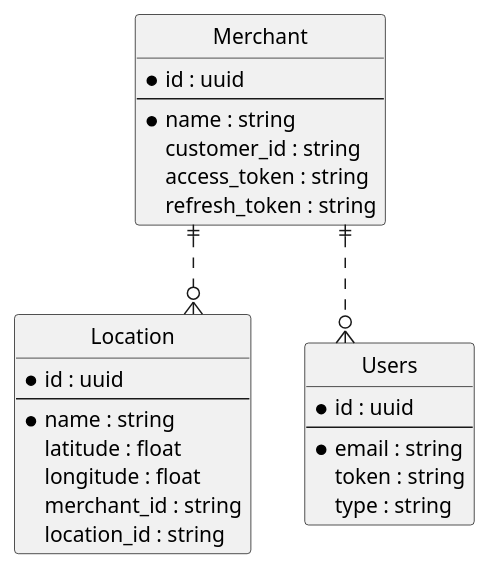
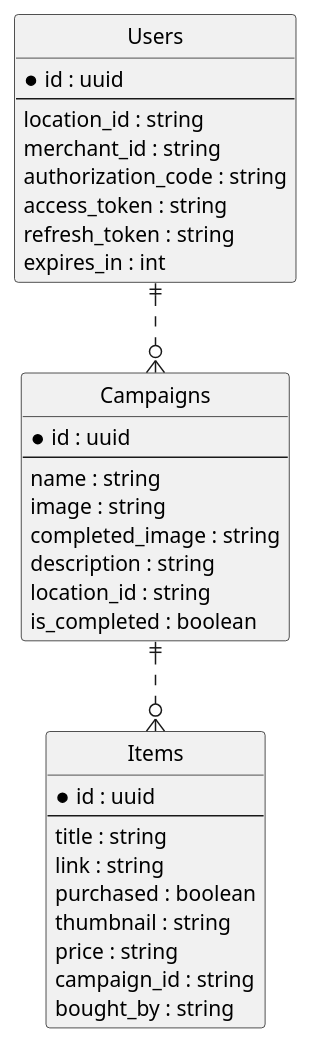
The diagram in diagrams/entity_relationship_diagram.puml (help-us-app/help-us-architecture-diagrams), drawn with PlantUML before and after one commit.

Commit message:
feat: updated the erd based on changes

```diff
--- a/diagrams/entity_relationship_diagram.puml
+++ b/diagrams/entity_relationship_diagram.puml
@@ -1,36 +1,43 @@
 @startuml
 hide circle
 
 ' avoid problems with angled crows feet
 skinparam linetype ortho
 
-entity "Merchant" as merchant {
-  *id : uuid
-  --
-  *name : string
-  customer_id : string
-  access_token : string
-  refresh_token : string
-}
-
-entity "Location" as location {
-  *id : uuid
-  --
-  *name : string
-  latitude : float
-  longitude : float
-  merchant_id : string
-  location_id : string
-}
-
 entity "Users" as users {
   *id : uuid
   --
-  *email : string
-  token : string
-  type : string
+  location_id : string
+  merchant_id : string
+  authorization_code : string
+  access_token : string
+  refresh_token : string
+  expires_in : int
 }
 
-merchant ||..o{ location
-merchant ||..o{ users
+entity "Campaigns" as campaigns {
+  *id : uuid
+  --
+  name : string
+  image : string
+  completed_image : string
+  description : string
+  location_id : string
+  is_completed : boolean
+}
+
+entity "Items" as items {
+  *id : uuid
+  --
+  title : string
+  link : string
+  purchased : boolean
+  thumbnail : string
+  price : string
+  campaign_id : string
+  bought_by : string
+}
+
+users ||..o{ campaigns
+campaigns ||..o{ items
 @enduml
```
